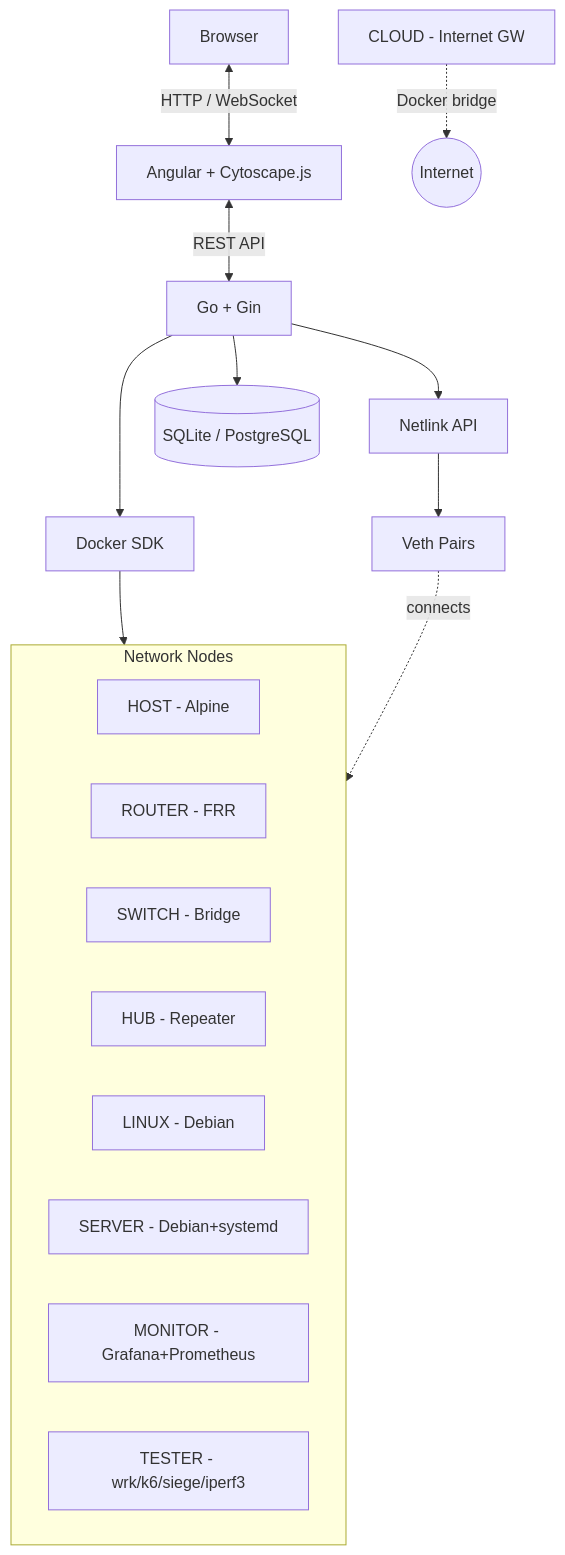
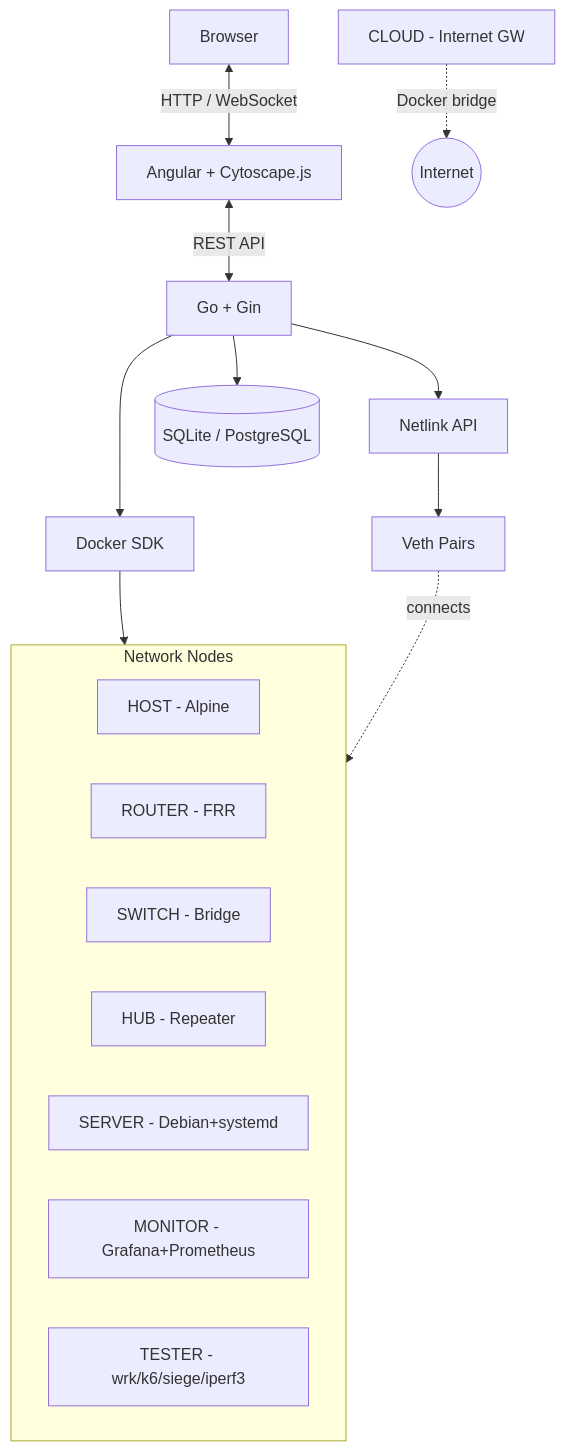
The diagram in README.md (RArielVillalobos/open-veth), drawn with Mermaid before and after one commit. The commit also changed other lines of this file and 12 other files, not shown here.

````diff
--- a/README.md
+++ b/README.md
@@ -211,27 +210,26 @@
 ```mermaid
 graph TD
     Browser[Browser] <-->|HTTP / WebSocket| Frontend[Angular + Cytoscape.js]
     Frontend <-->|REST API| Backend[Go + Gin]
 
     Backend --> Docker[Docker SDK]
     Backend --> Netlink[Netlink API]
     Backend --> DB[(SQLite / PostgreSQL)]
 
     Docker --> Containers
     Netlink --> Veth[Veth Pairs]
 
     subgraph Containers [Network Nodes]
         H[HOST - Alpine]
         R[ROUTER - FRR]
         S[SWITCH - Bridge]
         HB[HUB - Repeater]
-        L[LINUX - Debian]
         SRV[SERVER - Debian+systemd]
         MON[MONITOR - Grafana+Prometheus]
         TST[TESTER - wrk/k6/siege/iperf3]
     end
 
     Veth -.->|connects| Containers
 
     C[CLOUD - Internet GW] -.->|Docker bridge| Internet((Internet))
 ```
````
